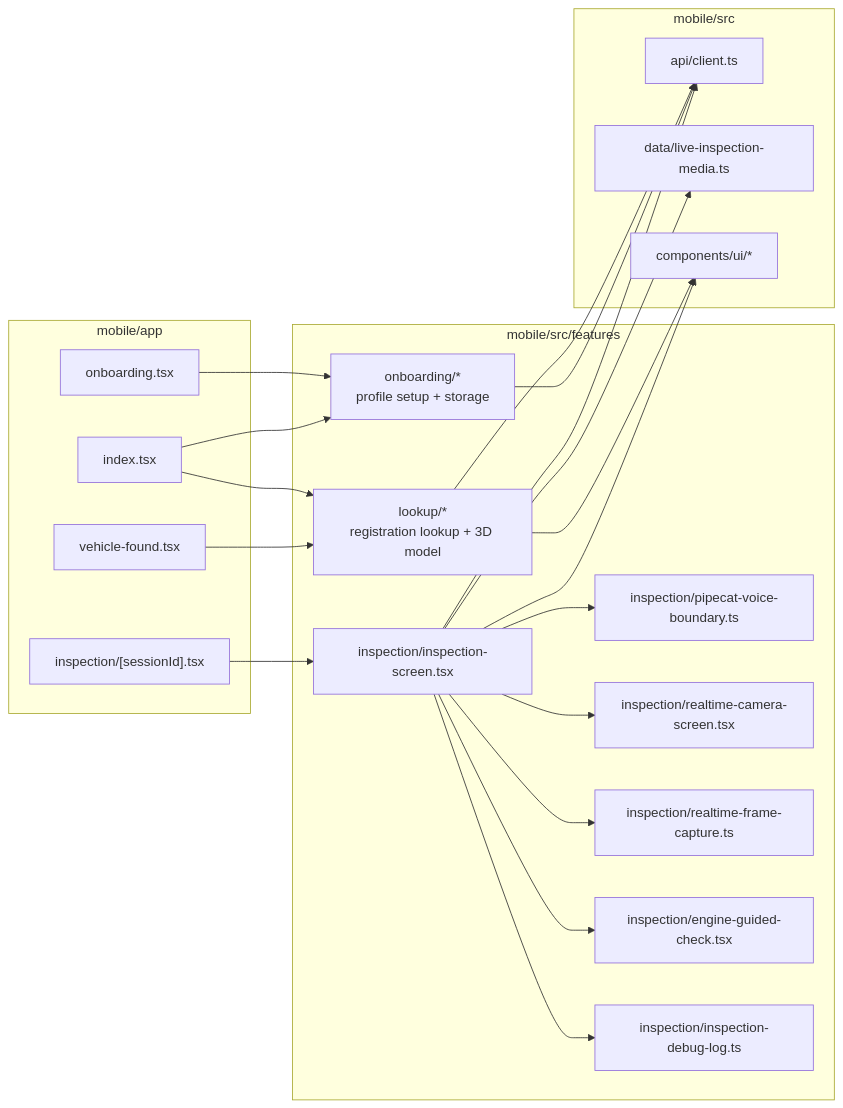
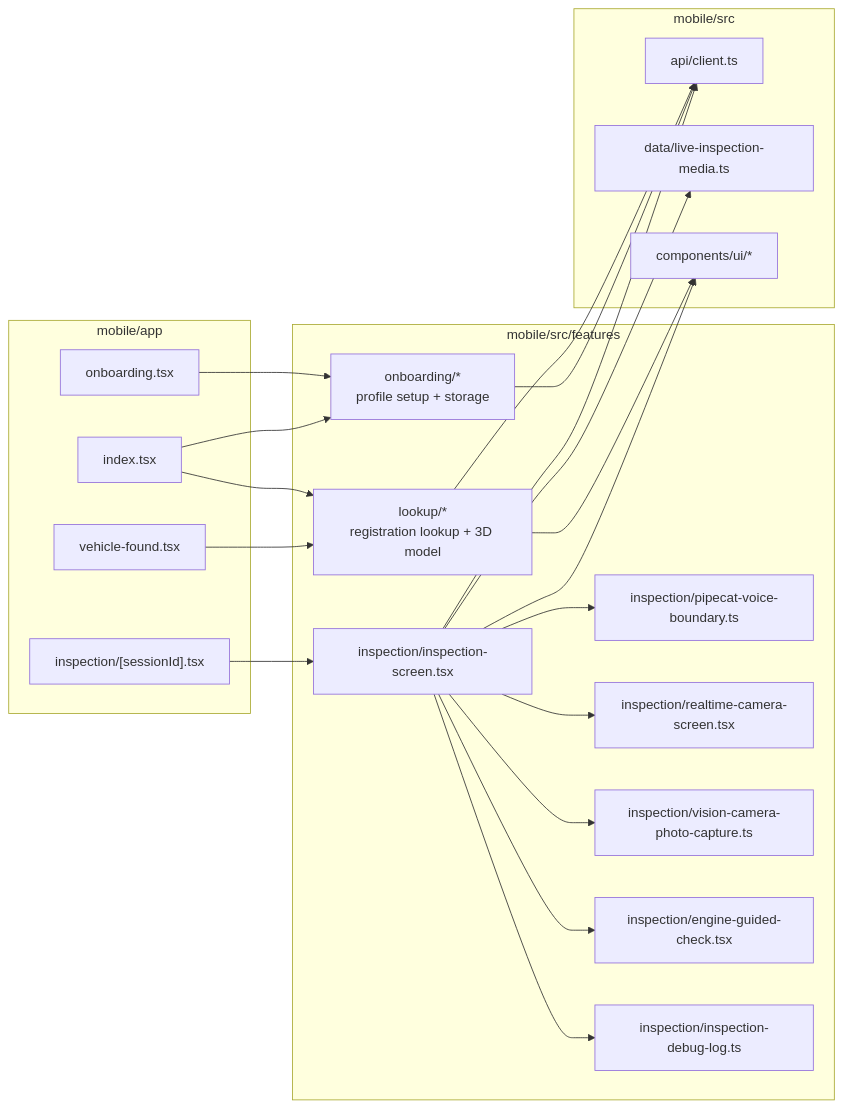
Before and after one commit to adityabhattad2021/Inspection-Copilot: the fourth of 11 diagrams in ARCHITECTURE.md, drawn with Mermaid. The commit also changed other lines of this file and 32 other files, not shown here.

Commit message:
feat: use react native vision camera

````diff
--- a/ARCHITECTURE.md
+++ b/ARCHITECTURE.md
@@ -160,43 +160,43 @@
 ```mermaid
 flowchart LR
   subgraph Routes["mobile/app"]
     OnboardingRoute["onboarding.tsx"]
     IndexRoute["index.tsx"]
     VehicleFoundRoute["vehicle-found.tsx"]
     InspectionRoute["inspection/[sessionId].tsx"]
   end
 
   subgraph Features["mobile/src/features"]
     Onboarding["onboarding/*<br/>profile setup + storage"]
     Lookup["lookup/*<br/>registration lookup + 3D model"]
     Inspection["inspection/inspection-screen.tsx"]
     VoiceBoundary["inspection/pipecat-voice-boundary.ts"]
     CameraScreen["inspection/realtime-camera-screen.tsx"]
-    FrameCapture["inspection/realtime-frame-capture.ts"]
+    PhotoCapture["inspection/vision-camera-photo-capture.ts"]
     Engine["inspection/engine-guided-check.tsx"]
     DebugLog["inspection/inspection-debug-log.ts"]
   end
 
   subgraph Core["mobile/src"]
     Api["api/client.ts"]
     Media["data/live-inspection-media.ts"]
     UI["components/ui/*"]
   end
 
   OnboardingRoute --> Onboarding
   IndexRoute --> Onboarding
   IndexRoute --> Lookup
   VehicleFoundRoute --> Lookup
   InspectionRoute --> Inspection
   Inspection --> VoiceBoundary
   Inspection --> CameraScreen
-  Inspection --> FrameCapture
+  Inspection --> PhotoCapture
   Inspection --> Engine
   Inspection --> DebugLog
   Inspection --> Media
   Lookup --> Api
   Onboarding --> Api
   Inspection --> Api
   Lookup --> UI
   Inspection --> UI
 ```
````
